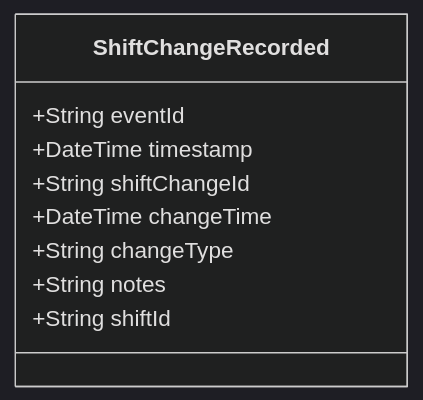
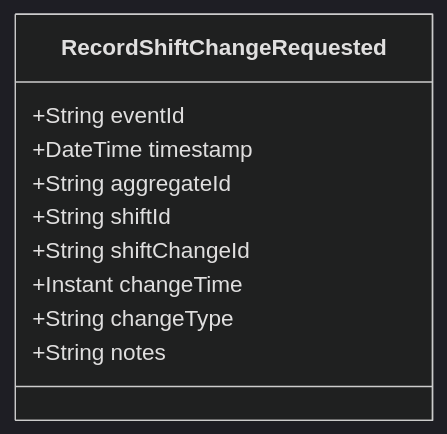
Before and after one commit to pgraff/police-system: the diagram in doc/events/ShiftChangeRecorded.md, drawn with Mermaid (dark theme). The commit also changed other lines of this file and 58 other files, not shown here.

````diff
--- a/doc/events/ShiftChangeRecorded.md
+++ b/doc/events/ShiftChangeRecorded.md
@@ -9,12 +9,13 @@
 ```mermaid
 classDiagram
-    class ShiftChangeRecorded {
+    class RecordShiftChangeRequested {
         +String eventId
         +DateTime timestamp
+        +String aggregateId
+        +String shiftId
         +String shiftChangeId
-        +DateTime changeTime
+        +Instant changeTime
         +String changeType
         +String notes
-        +String shiftId
     }
 ```
````
